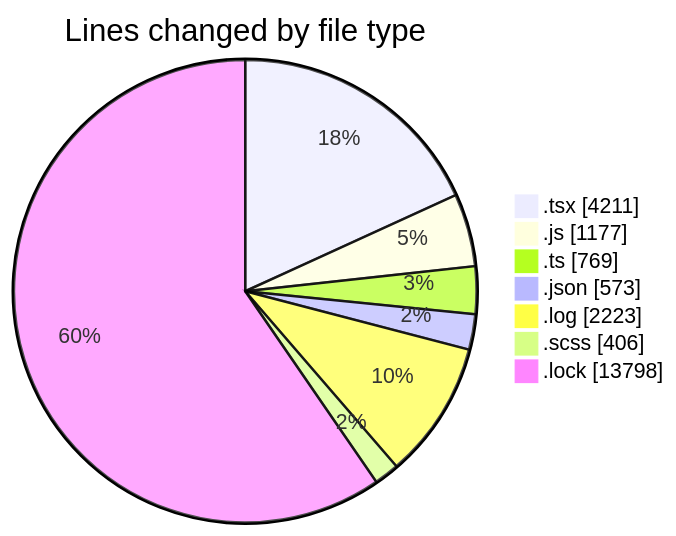
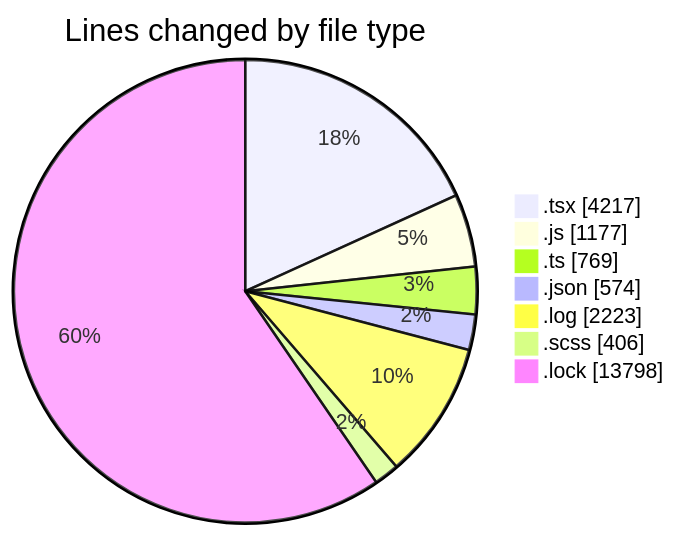
The first of 2 diagrams in 2026-04-17/cda/README.md (momahboobian/code-tracking), drawn with Mermaid before and after one commit. The commit also changed other lines of this file and 1 other file, not shown here.

````diff
--- a/2026-04-17/cda/README.md
+++ b/2026-04-17/cda/README.md
@@ -58,11 +58,11 @@
 ```mermaid
 pie showData
 title Lines changed by file type
-".tsx" : 4211
+".tsx" : 4217
 ".js" : 1177
 ".ts" : 769
-".json" : 573
+".json" : 574
 ".log" : 2223
 ".scss" : 406
 ".lock" : 13798
 ```
````
